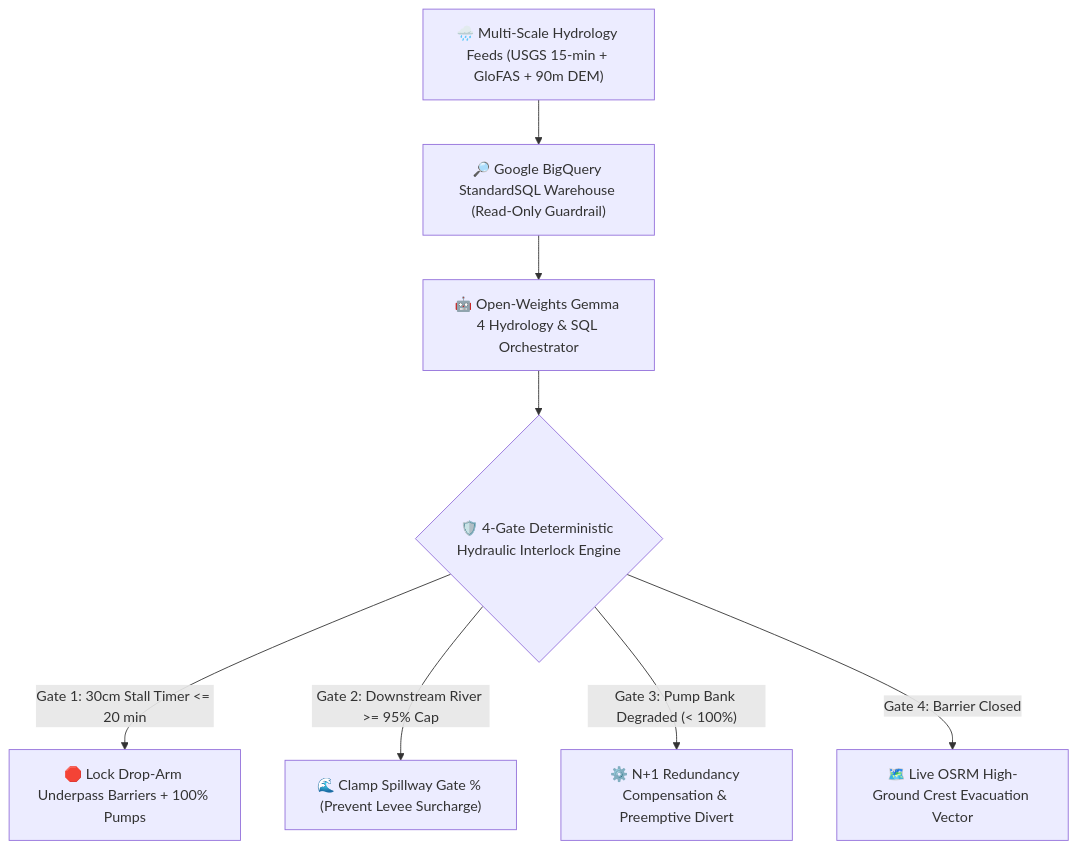
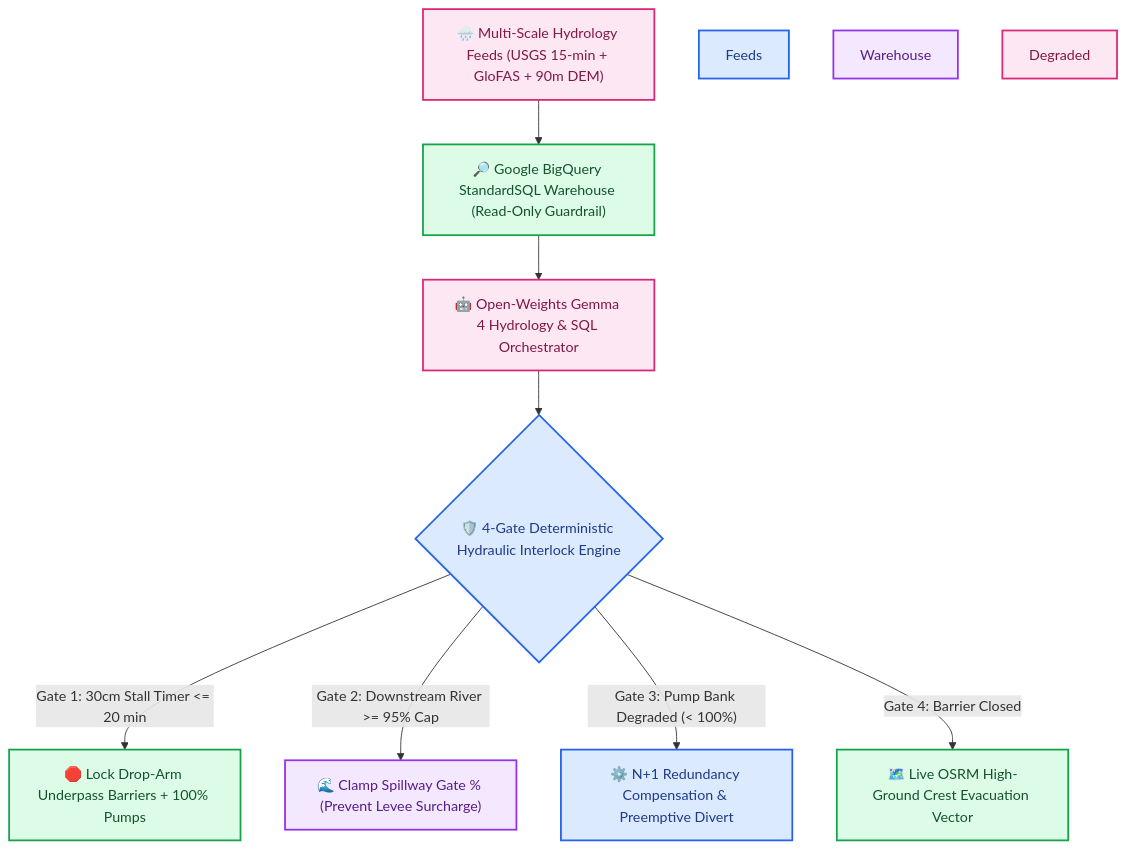
The diagram in README.md (RobinaMirbahar/floodcrest-ai), drawn with Mermaid before and after one commit. The commit also changed other lines of this file, not shown here.

Commit message:
docs: add 3-line Author & Companion Publication header, color-coded Mermaid diagram, and remove repetitive footer

````diff
--- a/README.md
+++ b/README.md
@@ -29,10 +32,21 @@
 ```mermaid
 flowchart TD
     A["🌧️ Multi-Scale Hydrology Feeds (USGS 15-min + GloFAS + 90m DEM)"] --> B["🔎 Google BigQuery StandardSQL Warehouse (Read-Only Guardrail)"]
     B --> C["🤖 Open-Weights Gemma 4 Hydrology & SQL Orchestrator"]
     C --> D{"🛡️ 4-Gate Deterministic Hydraulic Interlock Engine"}
     D -->|"Gate 1: 30cm Stall Timer <= 20 min"| E["🛑 Lock Drop-Arm Underpass Barriers + 100% Pumps"]
     D -->|"Gate 2: Downstream River >= 95% Cap"| F["🌊 Clamp Spillway Gate % (Prevent Levee Surcharge)"]
     D -->|"Gate 3: Pump Bank Degraded (< 100%)"| G["⚙️ N+1 Redundancy Compensation & Preemptive Divert"]
     D -->|"Gate 4: Barrier Closed"| H["🗺️ Live OSRM High-Ground Crest Evacuation Vector"]
+    style A fill:#fce7f3,stroke:#db2777,stroke-width:2px,color:#831843
+    style Feeds fill:#dbeafe,stroke:#2563eb,stroke-width:2px,color:#1e3a8a
+    style B fill:#dcfce7,stroke:#16a34a,stroke-width:2px,color:#14532d
+    style Warehouse fill:#f3e8ff,stroke:#9333ea,stroke-width:2px,color:#581c87
+    style C fill:#fce7f3,stroke:#db2777,stroke-width:2px,color:#831843
+    style D fill:#dbeafe,stroke:#2563eb,stroke-width:2px,color:#1e3a8a
+    style E fill:#dcfce7,stroke:#16a34a,stroke-width:2px,color:#14532d
+    style F fill:#f3e8ff,stroke:#9333ea,stroke-width:2px,color:#581c87
+    style Degraded fill:#fce7f3,stroke:#db2777,stroke-width:2px,color:#831843
+    style G fill:#dbeafe,stroke:#2563eb,stroke-width:2px,color:#1e3a8a
+    style H fill:#dcfce7,stroke:#16a34a,stroke-width:2px,color:#14532d
 ```
````
